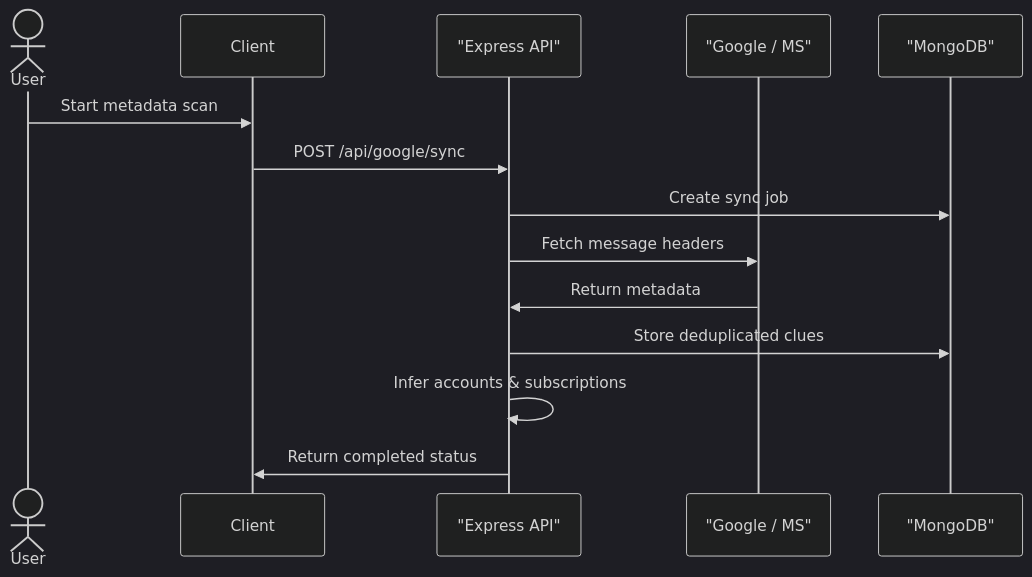
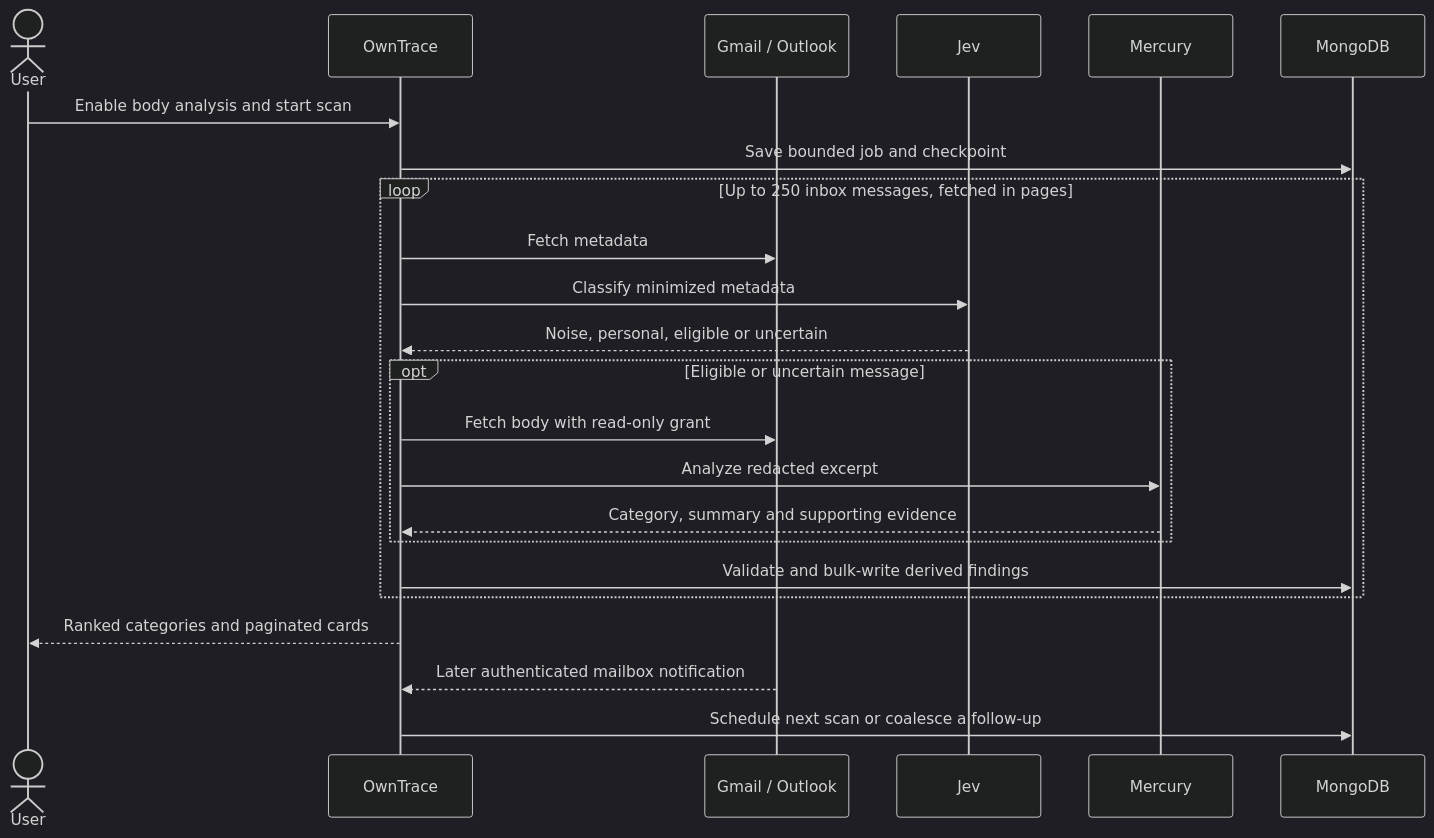
One commit to RaphaelBlaster/owntrace changed the second of 3 diagrams in README.md. Above: the diagram before and after it, drawn with Mermaid (dark theme). The commit also changed other lines of this file and 84 other files, not shown here.

First line of the commit message:
Implement mailbox updates, Top K insights and grounded TRACE retrieval

````diff
--- a/README.md
+++ b/README.md
@@ -48,17 +42,25 @@
 ```mermaid
 sequenceDiagram
   actor User
-  participant Client
-  participant API as "Express API"
-  participant Provider as "Google / MS"
-  participant DB as "MongoDB"
-
-  User->>Client: Start metadata scan
-  Client->>API: POST /api/google/sync
-  API->>DB: Create sync job
-  API->>Provider: Fetch message headers
-  Provider->>API: Return metadata
-  API->>DB: Store deduplicated clues
-  API->>API: Infer accounts & subscriptions
-  API->>Client: Return completed status
+  participant API as OwnTrace
+  participant Mail as Gmail / Outlook
+  participant Jev
+  participant Mercury
+  participant DB as MongoDB
+  User->>API: Enable body analysis and start scan
+  API->>DB: Save bounded job and checkpoint
+  loop Up to 250 inbox messages, fetched in pages
+    API->>Mail: Fetch metadata
+    API->>Jev: Classify minimized metadata
+    Jev-->>API: Noise, personal, eligible or uncertain
+    opt Eligible or uncertain message
+      API->>Mail: Fetch body with read-only grant
+      API->>Mercury: Analyze redacted excerpt
+      Mercury-->>API: Category, summary and supporting evidence
+    end
+    API->>DB: Validate and bulk-write derived findings
+  end
+  API-->>User: Ranked categories and paginated cards
+  Mail-->>API: Later authenticated mailbox notification
+  API->>DB: Schedule next scan or coalesce a follow-up
 ```
````
